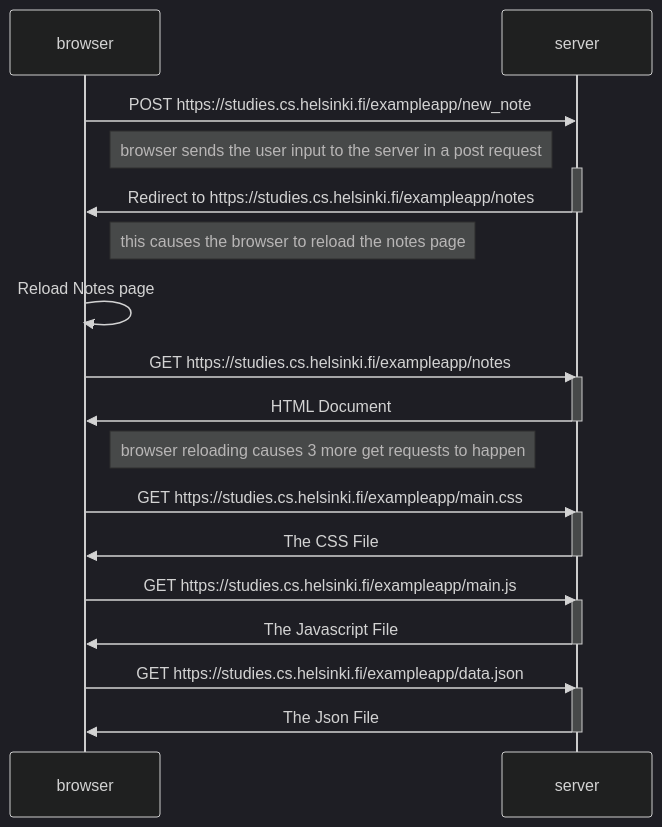
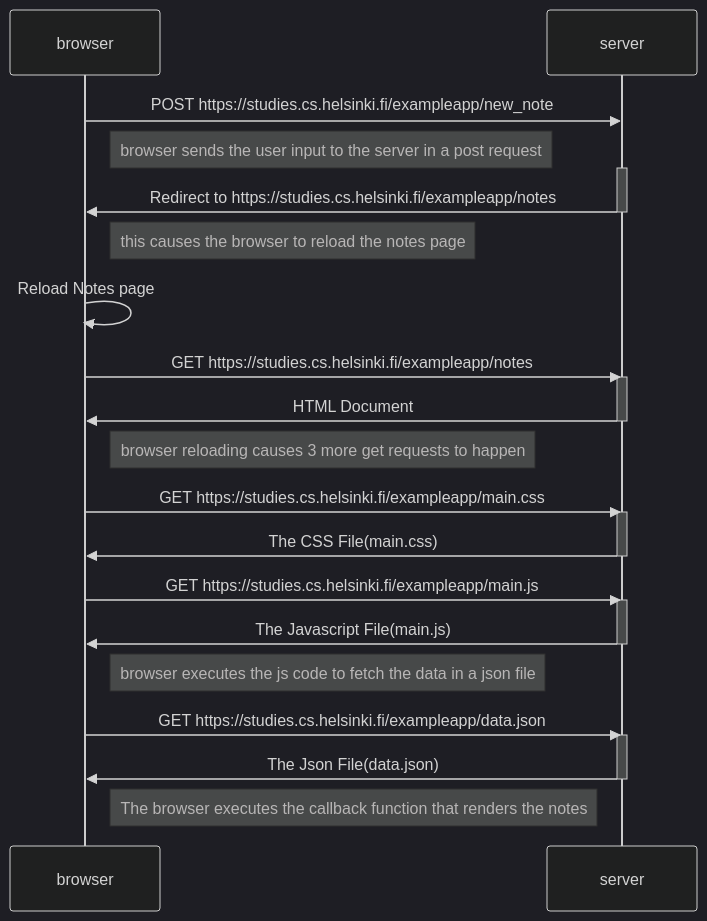
The diagram in part0/Exercise0.4/sequenceDiagram.md (xValenciax/FullStackOpenCourse), drawn with Mermaid (dark theme) before and after one commit.

Commit message:
fixed some stuff in the diagrams

````diff
--- a/part0/Exercise0.4/sequenceDiagram.md
+++ b/part0/Exercise0.4/sequenceDiagram.md
@@ -1,37 +1,41 @@
 ```mermaid
     sequenceDiagram
         participant browser
         participant server
 
         browser->>server: POST https://studies.cs.helsinki.fi/exampleapp/new_note
         Note right of browser: browser sends the user input to the server in a post request
         activate server
         server->>browser: Redirect to https://studies.cs.helsinki.fi/exampleapp/notes
         deactivate server
 
         Note right of browser: this causes the browser to reload the notes page
 
         browser->>browser: Reload Notes page
 
         browser->>server: GET https://studies.cs.helsinki.fi/exampleapp/notes
         activate server
         server->>browser: HTML Document
         deactivate server
 
         Note right of browser: browser reloading causes 3 more get requests to happen
 
         browser->>server: GET https://studies.cs.helsinki.fi/exampleapp/main.css
         activate server
-        server->>browser: The CSS File
+        server->>browser: The CSS File(main.css)
         deactivate server
 
         browser->>server: GET https://studies.cs.helsinki.fi/exampleapp/main.js
         activate server
-        server->>browser: The Javascript File
+        server->>browser: The Javascript File(main.js)
         deactivate server
+
+        Note right of browser: browser executes the js code to fetch the data in a json file
 
         browser->>server: GET https://studies.cs.helsinki.fi/exampleapp/data.json
         activate server
-        server->>browser: The Json File
+        server->>browser: The Json File(data.json)
         deactivate server
+
+        Note right of browser: The browser executes the callback function that renders the notes
 ```
````
